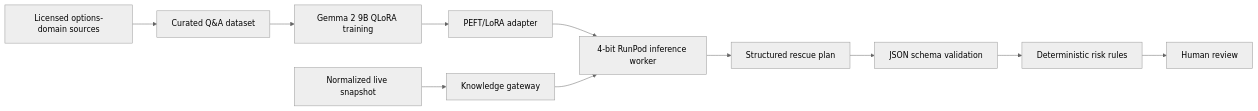
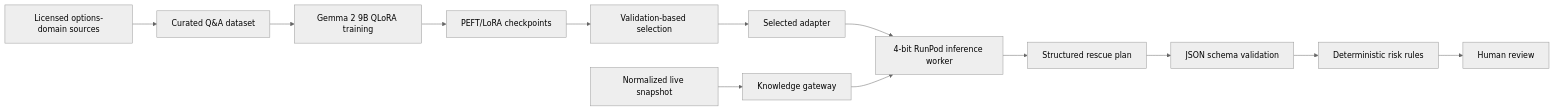
One commit to Jabuelouf/OptionOrchestrator changed the diagram in docs/LLM_ARCHITECTURE.md. Above: the diagram before and after it, drawn with Mermaid (neutral theme). The commit also changed other lines of this file and 13 other files, not shown here.

````diff
--- a/docs/LLM_ARCHITECTURE.md
+++ b/docs/LLM_ARCHITECTURE.md
@@ -7,13 +7,15 @@
 ```mermaid
 flowchart LR
     Sources[Licensed options-domain sources] --> Dataset[Curated Q&A dataset]
     Dataset --> Train[Gemma 2 9B QLoRA training]
-    Train --> Adapter[PEFT/LoRA adapter]
+    Train --> Checkpoints[PEFT/LoRA checkpoints]
+    Checkpoints --> Select[Validation-based selection]
+    Select --> Adapter[Selected adapter]
     Adapter --> Worker[4-bit RunPod inference worker]
     Snapshot[Normalized live snapshot] --> Gateway[Knowledge gateway]
     Gateway --> Worker
     Worker --> Plan[Structured rescue plan]
     Plan --> Schema[JSON schema validation]
     Schema --> Rules[Deterministic risk rules]
     Rules --> Human[Human review]
 ```
````
